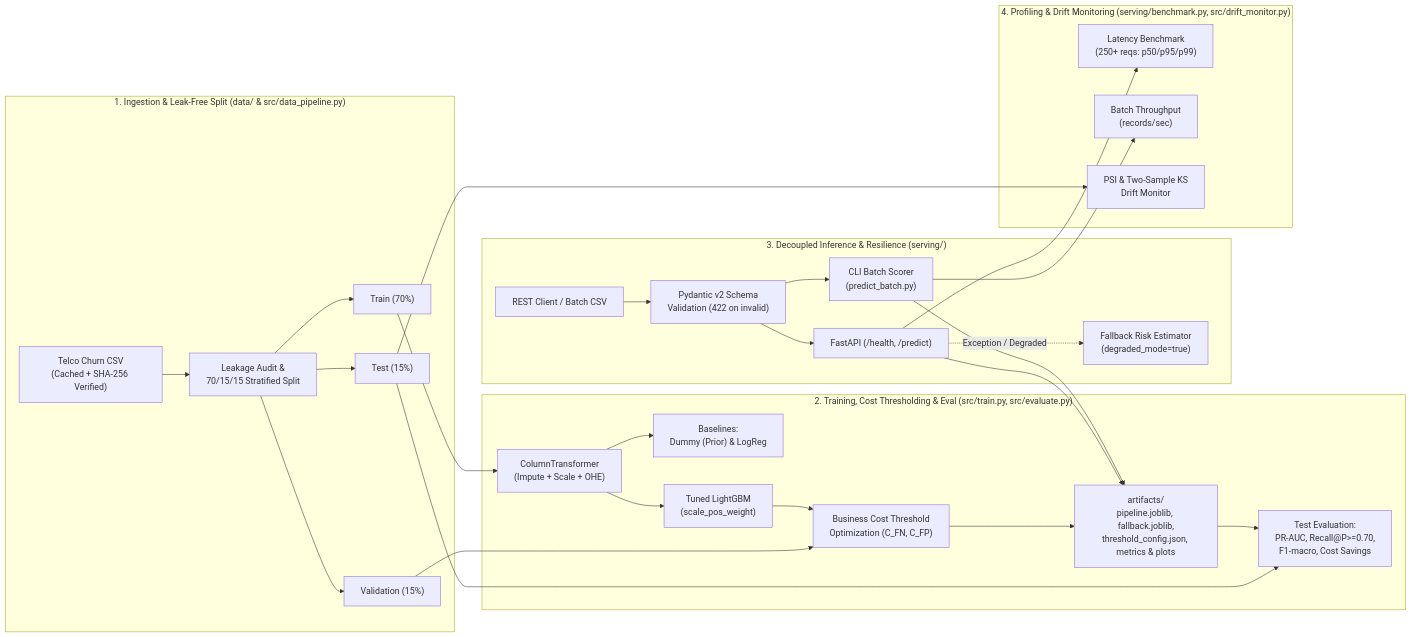
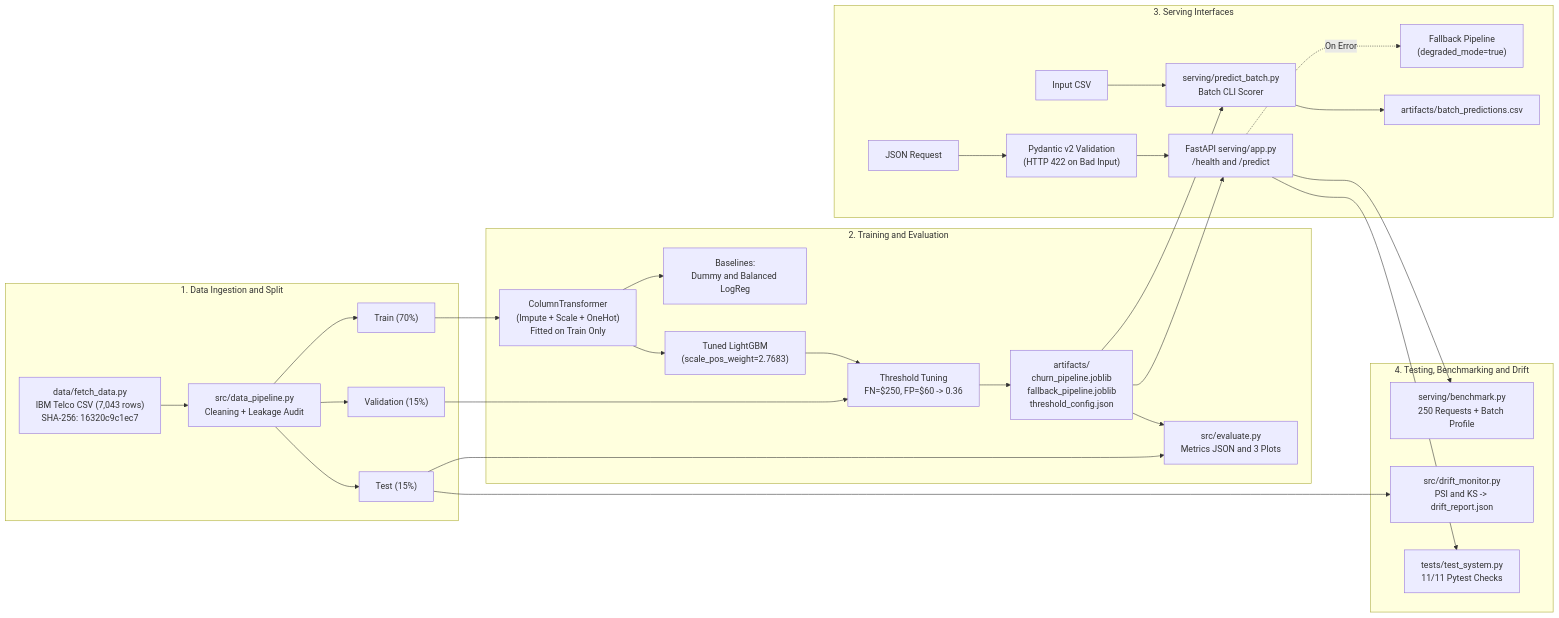
One commit to musthaqahamed53/mini-production-ml-system changed the diagram in README.md. Above: the diagram before and after it, drawn with Mermaid.

Commit message:
refactor architecture diagram for clarity and detail

`````diff
--- a/README.md
+++ b/README.md
@@ -7,35 +7,36 @@
 ```mermaid
 flowchart LR
-    subgraph Ingestion_Split["1. Ingestion & Leak-Free Split (data/ & src/data_pipeline.py)"]
-        RAW["Telco Churn CSV<br/>(Cached + SHA-256 Verified)"] --> AUDIT["Leakage Audit &<br/>70/15/15 Stratified Split"]
-        AUDIT --> TR["Train (70%)"]
-        AUDIT --> VA["Validation (15%)"]
-        AUDIT --> TE["Test (15%)"]
+    subgraph Step1["1. Data Ingestion and Split"]
+        D["data/fetch_data.py<br/>IBM Telco CSV (7,043 rows)<br/>SHA-256: 16320c9c1ec7"] --> P["src/data_pipeline.py<br/>Cleaning + Leakage Audit"]
+        P --> TR["Train (70%)"]
+        P --> VA["Validation (15%)"]
+        P --> TE["Test (15%)"]
     end
 
-    subgraph Training_Eval["2. Training, Cost Thresholding & Eval (src/train.py, src/evaluate.py)"]
-        TR --> PREP["ColumnTransformer<br/>(Impute + Scale + OHE)"]
-        PREP --> BASE["Baselines:<br/>Dummy (Prior) & LogReg"]
-        PREP --> LGB["Tuned LightGBM<br/>(scale_pos_weight)"]
-        VA --> OPT["Business Cost Threshold<br/>Optimization (C_FN, C_FP)"]
-        LGB --> OPT
-        OPT --> ART["artifacts/<br/>pipeline.joblib, fallback.joblib,<br/>threshold_config.json, metrics & plots"]
-        TE --> EVAL["Test Evaluation:<br/>PR-AUC, Recall@P>=0.70,<br/>F1-macro, Cost Savings"]
-        ART --> EVAL
+    subgraph Step2["2. Training and Evaluation"]
+        TR --> CT["ColumnTransformer<br/>(Impute + Scale + OneHot)<br/>Fitted on Train Only"]
+        CT --> B["Baselines:<br/>Dummy and Balanced LogReg"]
+        CT --> L["Tuned LightGBM<br/>(scale_pos_weight=2.7683)"]
+        VA --> TH["Threshold Tuning<br/>FN=$250, FP=$60 -> 0.36"]
+        L --> TH
+        TH --> ART["artifacts/<br/>churn_pipeline.joblib<br/>fallback_pipeline.joblib<br/>threshold_config.json"]
+        TE --> EV["src/evaluate.py<br/>Metrics JSON and 3 Plots"]
+        ART --> EV
     end
 
-    subgraph Serving["3. Decoupled Inference & Resilience (serving/)"]
-        CLIENT["REST Client / Batch CSV"] --> SCHEMA["Pydantic v2 Schema<br/>Validation (422 on invalid)"]
-        SCHEMA --> API["FastAPI (/health, /predict)"]
-        SCHEMA --> BATCH["CLI Batch Scorer<br/>(predict_batch.py)"]
-        API --> ART
-        BATCH --> ART
-        API -. "Exception / Degraded" .-> FB["Fallback Risk Estimator<br/>(degraded_mode=true)"]
+    subgraph Step3["3. Serving Interfaces"]
+        REQ["JSON Request"] --> SCH["Pydantic v2 Validation<br/>(HTTP 422 on Bad Input)"]
+        SCH --> API["FastAPI serving/app.py<br/>/health and /predict"]
+        CSV["Input CSV"] --> CLI["serving/predict_batch.py<br/>Batch CLI Scorer"]
+        ART --> API
+        ART --> CLI
+        API -. "On Error" .-> FB["Fallback Pipeline<br/>(degraded_mode=true)"]
+        CLI --> OUT["artifacts/batch_predictions.csv"]
     end
 
-    subgraph Ops["4. Profiling & Drift Monitoring (serving/benchmark.py, src/drift_monitor.py)"]
-        API --> BENCH["Latency Benchmark<br/>(250+ reqs: p50/p95/p99)"]
-        BATCH --> BPROF["Batch Throughput<br/>(records/sec)"]
-        TE --> DRIFT["PSI & Two-Sample KS<br/>Drift Monitor"]
+    subgraph Step4["4. Testing, Benchmarking and Drift"]
+        API --> BM["serving/benchmark.py<br/>250 Requests + Batch Profile"]
+        TE --> DR["src/drift_monitor.py<br/>PSI and KS -> drift_report.json"]
+        API --> TS["tests/test_system.py<br/>11/11 Pytest Checks"]
     end
-````
+```
`````
